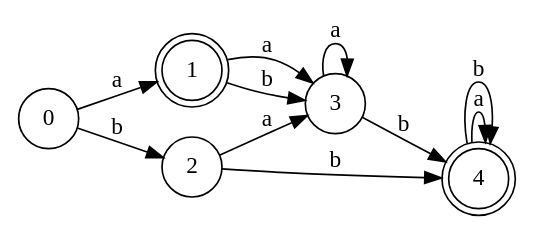
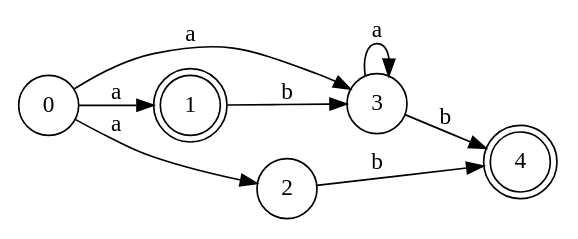
One commit to Nooosky/Licence3 changed the diagram in Theorie_Langages/TP/img/automaton.dot. Above: the diagram before and after it, drawn with Graphviz. The commit also changed 9 other files, not shown here.

```diff
--- a/Theorie_Langages/TP/img/automaton.dot
+++ b/Theorie_Langages/TP/img/automaton.dot
@@ -1,16 +1,13 @@
 digraph finite_state_machine {
 	rankdir=LR;
 	size="8,5";
 	node [shape = doublecircle]; 1 4;
 	node [shape = circle];
 	0 -> 1 [ label = "a" ];
-	0 -> 2 [ label = "b" ];
-	1 -> 3 [ label = "a" ];
+	0 -> 2 [ label = "a" ];
+	0 -> 3 [ label = "a" ];
 	1 -> 3 [ label = "b" ];
-	2 -> 3 [ label = "a" ];
 	2 -> 4 [ label = "b" ];
 	3 -> 3 [ label = "a" ];
 	3 -> 4 [ label = "b" ];
-	4 -> 4 [ label = "a" ];
-	4 -> 4 [ label = "b" ];
 }
```
